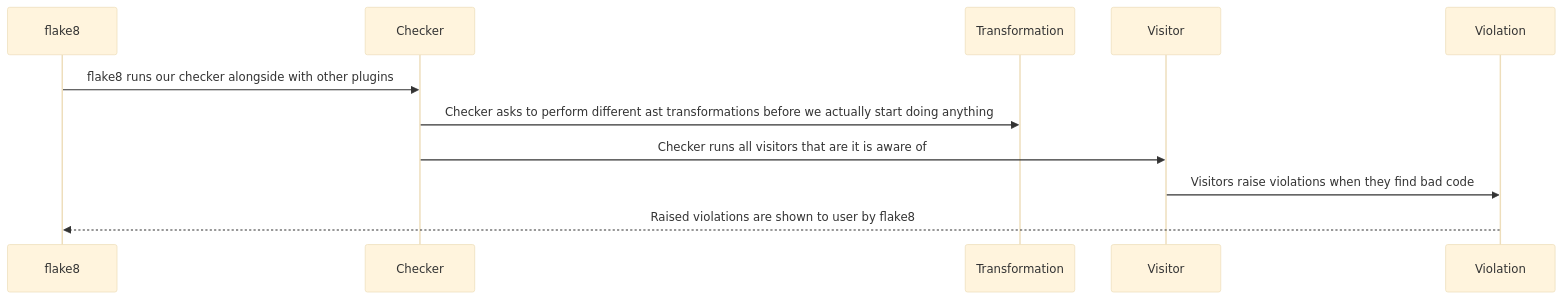
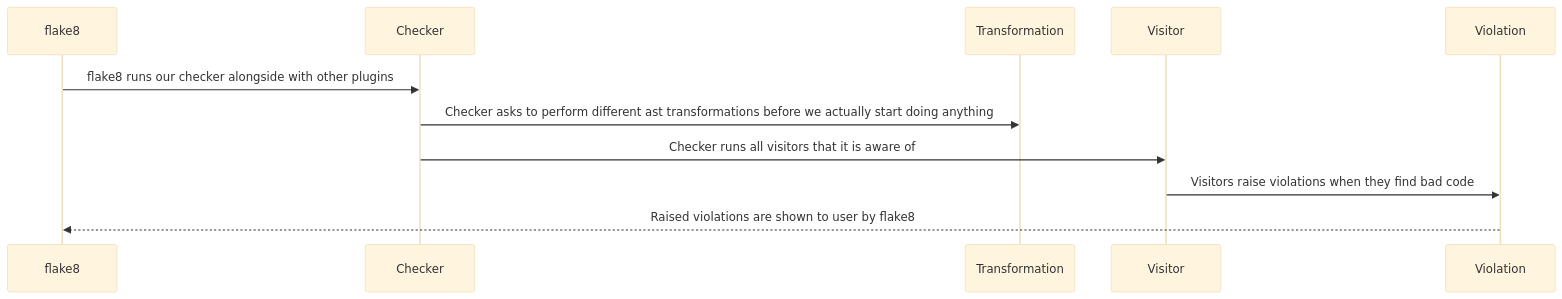
One commit to wemake-services/wemake-python-styleguide changed the diagram in docs/pages/api.rst. Above: the diagram before and after it, drawn with Mermaid (base theme). The commit also changed 5 other files, not shown here.

```diff
--- a/docs/pages/api.rst
+++ b/docs/pages/api.rst
@@ -52,15 +52,15 @@
 .. mermaid::
    :caption: Architecture overview.
 
    sequenceDiagram
       participant flake8
       participant Checker
       participant Transformation
       participant Visitor
       participant Violation
 
       flake8->>Checker: flake8 runs our checker alongside with other plugins
       Checker->>Transformation: Checker asks to perform different ast transformations before we actually start doing anything
-      Checker->>Visitor: Checker runs all visitors that are it is aware of
+      Checker->>Visitor: Checker runs all visitors that it is aware of
       Visitor->>Violation: Visitors raise violations when they find bad code
       Violation-->>flake8: Raised violations are shown to user by flake8
```
